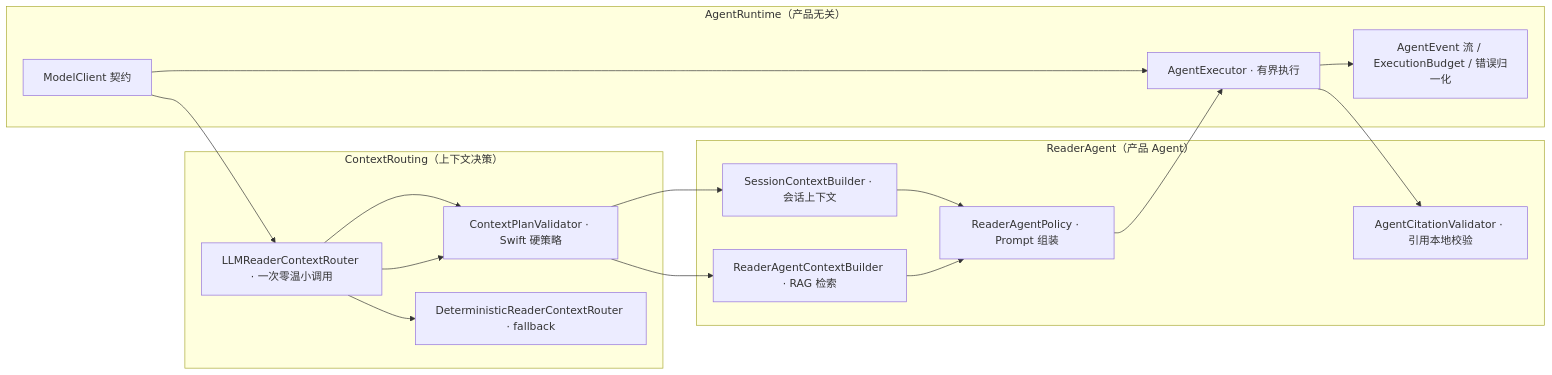
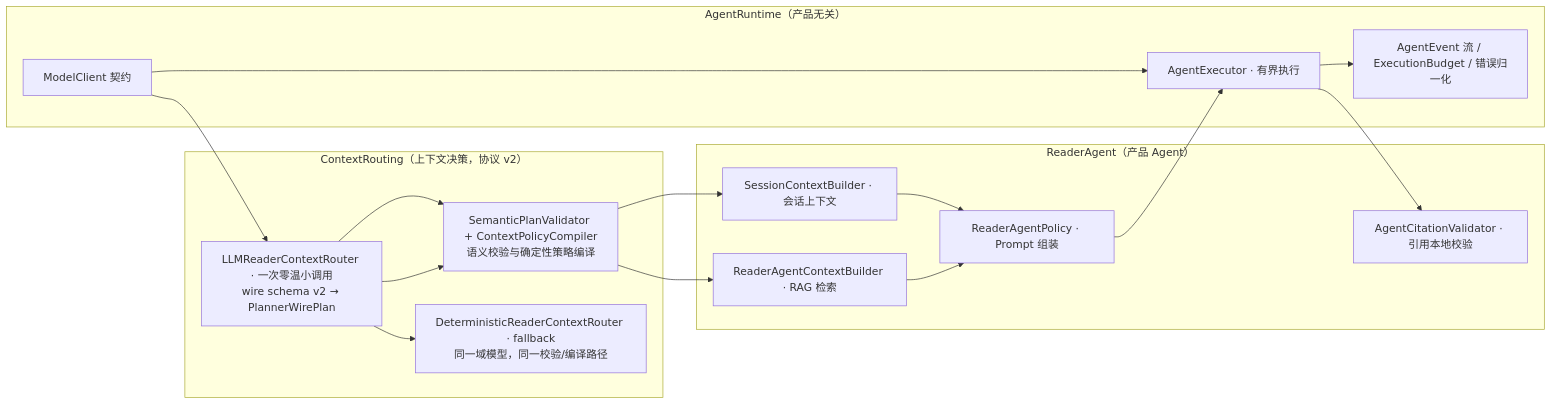
Before and after one commit to freecodetiger/Elsepage: the second of 2 diagrams in docs/PROJECT_HIGHLIGHTS.md, drawn with Mermaid. The commit also changed other lines of this file and 5 other files, not shown here.

Commit message:
docs: 全量同步——ARCHITECTURE 四子图与 Brain 链路,PROJECT_HIGHLIGHTS v2/Brain 章节,ADR-0001 修订注,过时计划标注,测试计数 356

````diff
--- a/docs/PROJECT_HIGHLIGHTS.md
+++ b/docs/PROJECT_HIGHLIGHTS.md
@@ -138,21 +139,21 @@
 ```mermaid
 flowchart LR
     subgraph L1["AgentRuntime（产品无关）"]
         A[ModelClient 契约] --> B[AgentExecutor · 有界执行]
         B --> C["AgentEvent 流 / ExecutionBudget / 错误归一化"]
     end
-    subgraph L2["ContextRouting（上下文决策）"]
-        D["LLMReaderContextRouter · 一次零温小调用"] --> E["ContextPlanValidator · Swift 硬策略"]
-        F["DeterministicReaderContextRouter · fallback"]
+    subgraph L2["ContextRouting（上下文决策，协议 v2）"]
+        D["LLMReaderContextRouter · 一次零温小调用<br/>wire schema v2 → PlannerWirePlan"] --> E["SemanticPlanValidator + ContextPolicyCompiler<br/>语义校验与确定性策略编译"]
+        F["DeterministicReaderContextRouter · fallback<br/>同一域模型，同一校验/编译路径"]
     end
     subgraph L3["ReaderAgent（产品 Agent）"]
         G["SessionContextBuilder · 会话上下文"]
         H["ReaderAgentContextBuilder · RAG 检索"]
         I["ReaderAgentPolicy · Prompt 组装"]
         J["AgentCitationValidator · 引用本地校验"]
     end
     A --> D
     D --> F
     D --> E
     E --> G & H --> I --> B --> J
 ```
````
